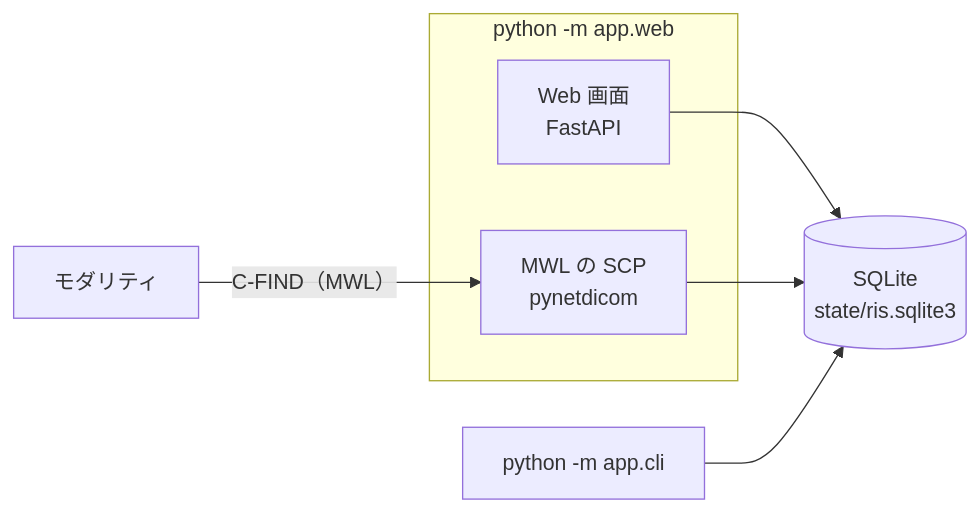
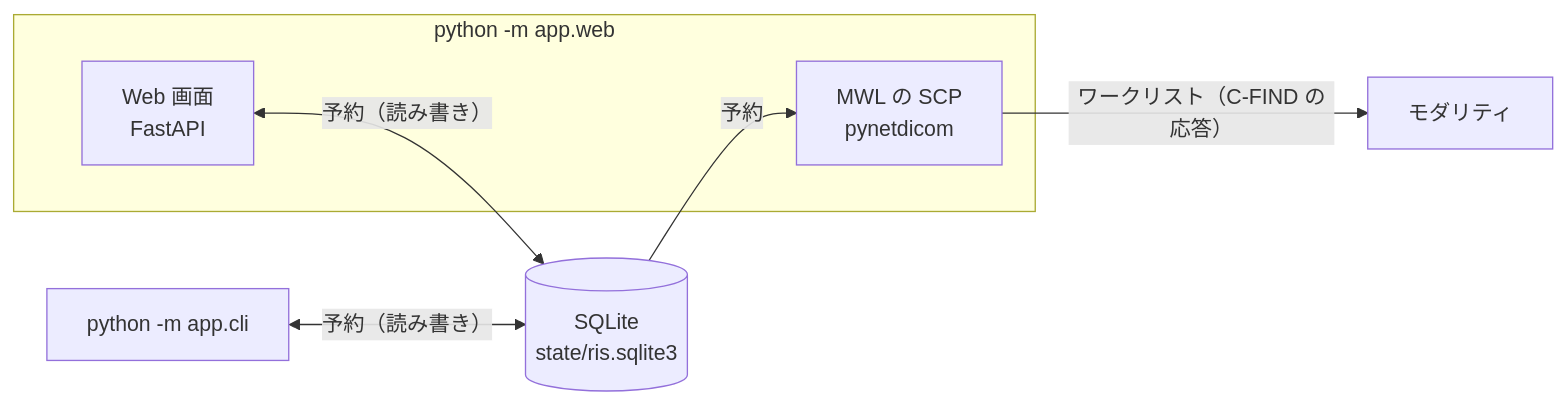
Before and after one commit to jeysunit/ris-emulator: the diagram in docs/architecture.md, drawn with Mermaid. The commit also changed 2 other files, not shown here.

Commit message:
docs: 図の矢印をデータが流れる向きにし、ラベルを流れるものにする
- README の図：モダリティから RIS への C-FIND の矢印を、RIS からモダリティへの
  「ワークリスト（C-FIND の応答）」にする。モダリティから PACS へは「画像（C-STORE）」
- architecture.md の図：Web 画面・CLI と SQLite は「予約（読み書き）」の双方向、
  SQLite から MWL の SCP へ「予約」、MWL の SCP からモダリティへ「ワークリスト（C-FIND の応答）」
- docs/README.md の「書き方」に、図の矢印とラベルの規則を1行追加する

Claude-Session: https://claude.ai/code/session_01DcA3jMCoXaGxhZmortBwLG

````diff
--- a/docs/architecture.md
+++ b/docs/architecture.md
@@ -8,14 +8,14 @@
 ```mermaid
 flowchart LR
   subgraph proc1["python -m app.web"]
     WEB["Web 画面<br/>FastAPI"]
     MWL["MWL の SCP<br/>pynetdicom"]
   end
   CLI["python -m app.cli"]
   DB[("SQLite<br/>state/ris.sqlite3")]
   MOD["モダリティ"]
-  WEB --> DB
-  MWL --> DB
-  CLI --> DB
-  MOD -- "C-FIND（MWL）" --> MWL
+  WEB <-->|"予約（読み書き）"| DB
+  CLI <-->|"予約（読み書き）"| DB
+  DB -->|"予約"| MWL
+  MWL -->|"ワークリスト（C-FIND の応答）"| MOD
 ```
````
